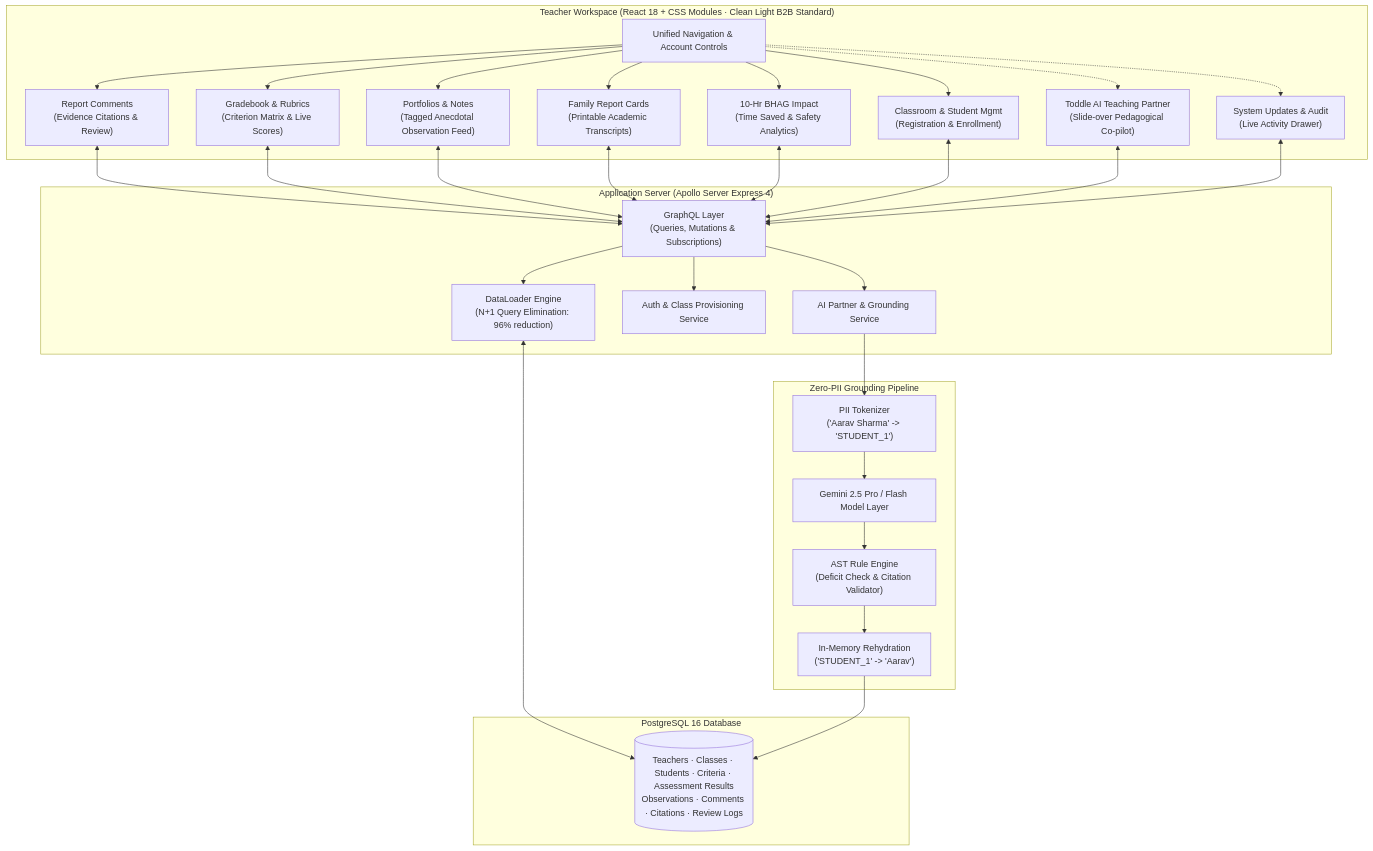
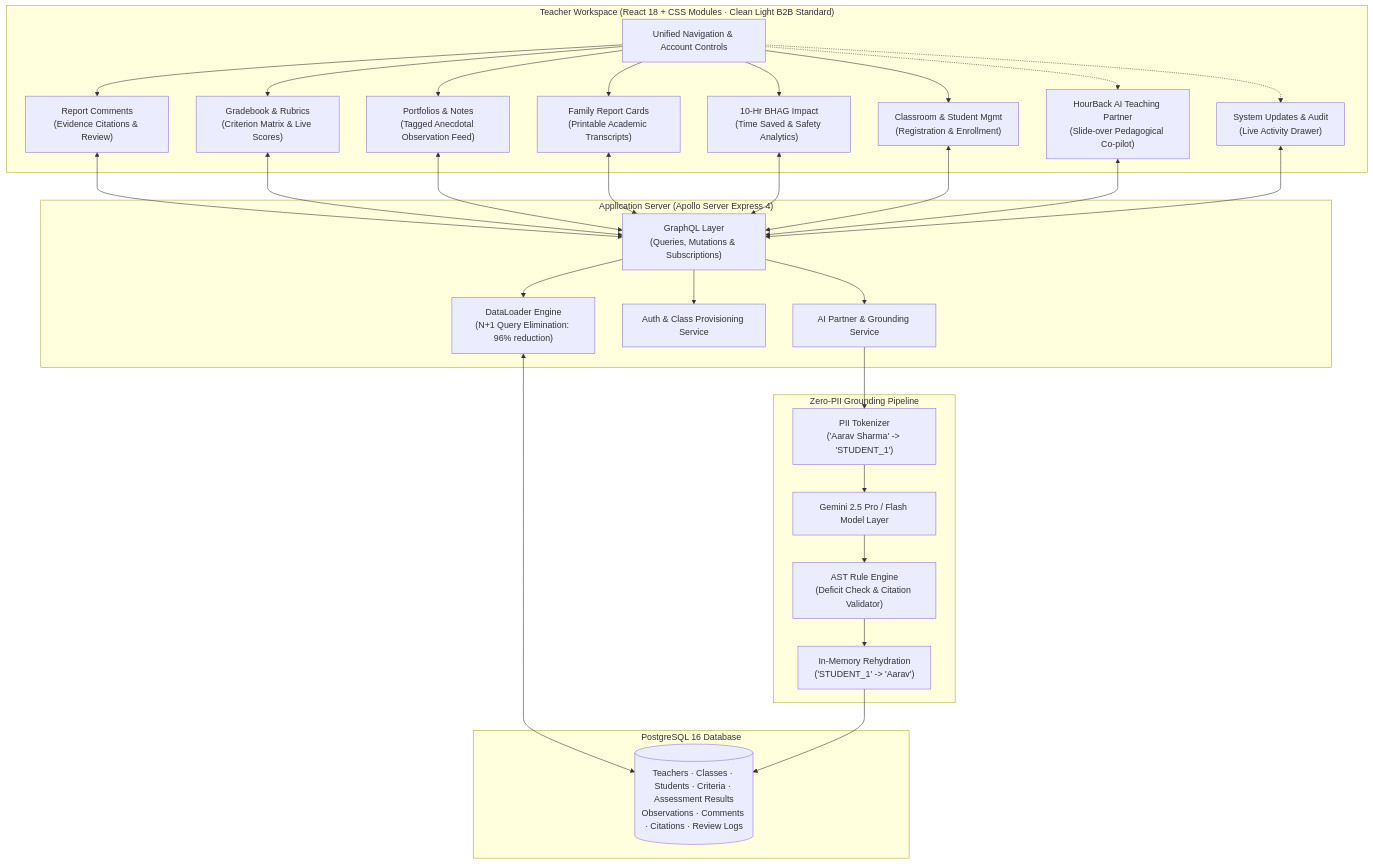
One commit to Mudit-R/hourback changed the diagram in README.md. Above: the diagram before and after it, drawn with Mermaid. The commit also changed other lines of this file and 9 other files, not shown here.

Commit message:
refactor: rebrand all references strictly to HourBack as standalone product

````diff
--- a/README.md
+++ b/README.md
@@ -39,41 +39,41 @@
 ```mermaid
 flowchart TB
     subgraph UI ["Teacher Workspace (React 18 + CSS Modules · Clean Light B2B Standard)"]
         Nav["Unified Navigation & Account Controls"]
         M1["Report Comments\n(Evidence Citations & Review)"]
         M2["Gradebook & Rubrics\n(Criterion Matrix & Live Scores)"]
         M3["Portfolios & Notes\n(Tagged Anecdotal Observation Feed)"]
         M4["Family Report Cards\n(Printable Academic Transcripts)"]
         M5["10-Hr BHAG Impact\n(Time Saved & Safety Analytics)"]
         M6["Classroom & Student Mgmt\n(Registration & Enrollment)"]
-        AIAssist["Toddle AI Teaching Partner\n(Slide-over Pedagogical Co-pilot)"]
+        AIAssist["HourBack AI Teaching Partner\n(Slide-over Pedagogical Co-pilot)"]
         Audit["System Updates & Audit\n(Live Activity Drawer)"]
         Nav --> M1 & M2 & M3 & M4 & M5 & M6
         Nav -.-> AIAssist & Audit
     end
 
     subgraph API ["Application Server (Apollo Server Express 4)"]
         GQL["GraphQL Layer\n(Queries, Mutations & Subscriptions)"]
         DataLoader["DataLoader Engine\n(N+1 Query Elimination: 96% reduction)"]
         AuthService["Auth & Class Provisioning Service"]
         AIEngine["AI Partner & Grounding Service"]
     end
 
     subgraph PrivacyPipeline ["Zero-PII Grounding Pipeline"]
         PIIToken["PII Tokenizer\n('Aarav Sharma' -> 'STUDENT_1')"]
         LLM["Gemini 2.5 Pro / Flash Model Layer"]
         Guard["AST Rule Engine\n(Deficit Check & Citation Validator)"]
         Hydrate["In-Memory Rehydration\n('STUDENT_1' -> 'Aarav')"]
     end
 
     subgraph Database ["PostgreSQL 16 Database"]
         Tables[("Teachers · Classes · Students · Criteria · Assessment Results\nObservations · Comments · Citations · Review Logs")]
     end
 
     M1 & M2 & M3 & M4 & M5 & M6 <--> GQL
     AIAssist & Audit <--> GQL
     GQL --> DataLoader
     DataLoader <--> Tables
     GQL --> AuthService & AIEngine
     AIEngine --> PIIToken --> LLM --> Guard --> Hydrate --> Tables
 ```
````
